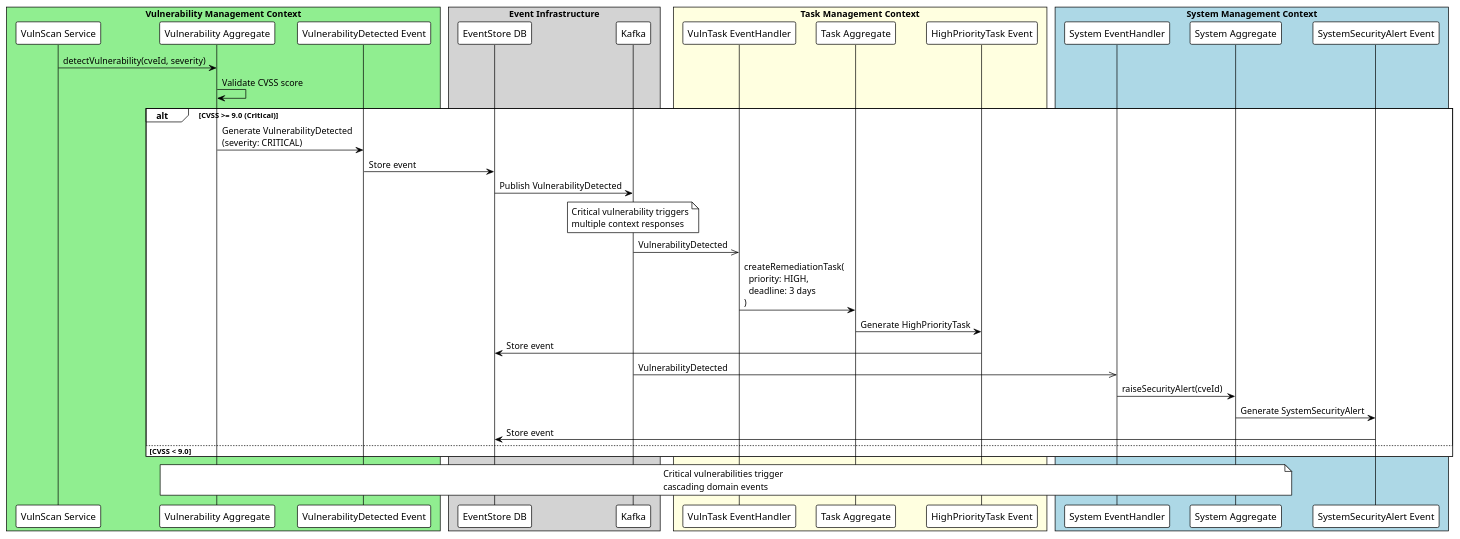
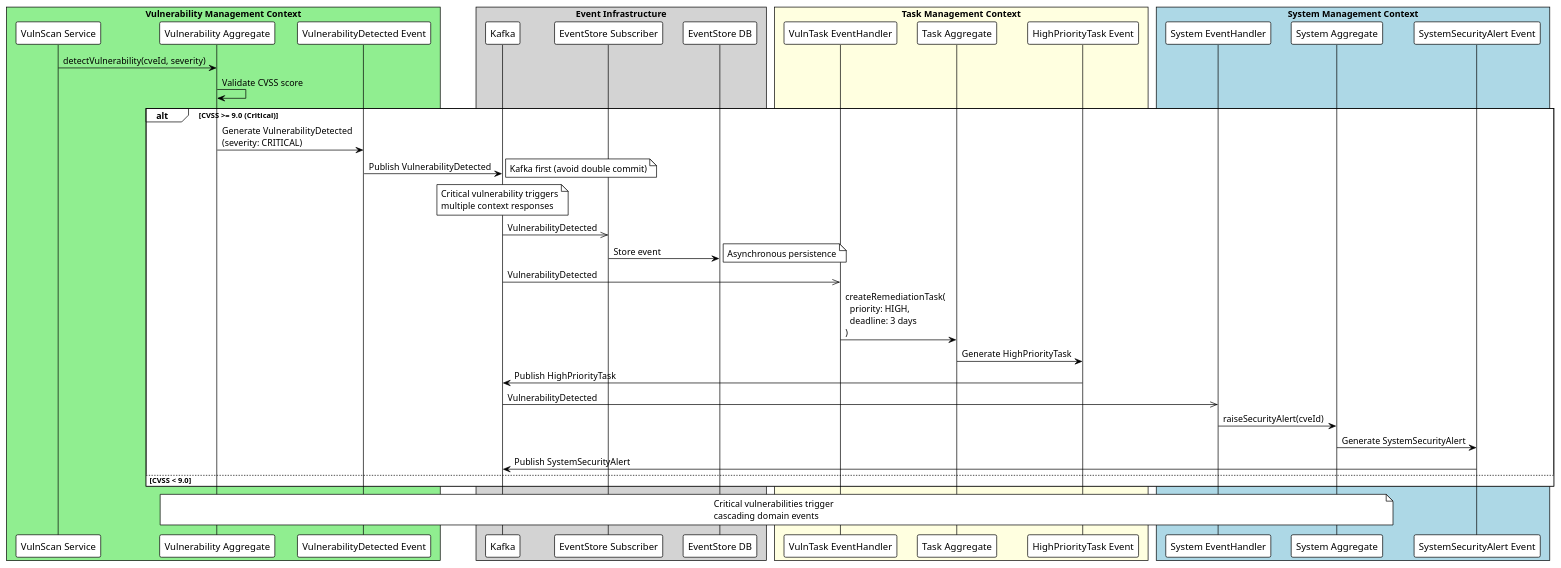
Before and after one commit to masakazu1967/system-board: the third of 3 diagrams in docs/architecture/event-sourcing-cqrs.md, drawn with PlantUML. The commit also changed other lines of this file and 1 other file, not shown here.

````diff
--- a/docs/architecture/event-sourcing-cqrs.md
+++ b/docs/architecture/event-sourcing-cqrs.md
@@ -134,52 +145,57 @@
 ```plantuml
 @startuml vulnerability_task_creation
 !theme plain
 
 box "Vulnerability Management Context" #lightgreen
     participant "VulnScan Service" as VSS
     participant "Vulnerability Aggregate" as VA
     participant "VulnerabilityDetected Event" as VDE
 end box
 
 box "Event Infrastructure" #lightgray
+    participant "Kafka" as Kafka
+    participant "EventStore Subscriber" as ESub
     participant "EventStore DB" as ES
-    participant "Kafka" as Kafka
 end box
 
 box "Task Management Context" #lightyellow
     participant "VulnTask EventHandler" as VTEH
     participant "Task Aggregate" as TA
     participant "HighPriorityTask Event" as HPTE
 end box
 
 box "System Management Context" #lightblue
     participant "System EventHandler" as SEH
     participant "System Aggregate" as SA
     participant "SystemSecurityAlert Event" as SSAE
 end box
 
 VSS -> VA: detectVulnerability(cveId, severity)
 VA -> VA: Validate CVSS score
 alt CVSS >= 9.0 (Critical)
     VA -> VDE: Generate VulnerabilityDetected\n(severity: CRITICAL)
-    VDE -> ES: Store event
-    ES -> Kafka: Publish VulnerabilityDetected
+    VDE -> Kafka: Publish VulnerabilityDetected
+    note right: Kafka first (avoid double commit)
 
     note over Kafka: Critical vulnerability triggers\nmultiple context responses
+
+    Kafka ->> ESub: VulnerabilityDetected
+    ESub -> ES: Store event
+    note right: Asynchronous persistence
 
     Kafka ->> VTEH: VulnerabilityDetected
     VTEH -> TA: createRemediationTask(\n  priority: HIGH,\n  deadline: 3 days\n)
     TA -> HPTE: Generate HighPriorityTask
-    HPTE -> ES: Store event
+    HPTE -> Kafka: Publish HighPriorityTask
 
     Kafka ->> SEH: VulnerabilityDetected
     SEH -> SA: raiseSecurityAlert(cveId)
     SA -> SSAE: Generate SystemSecurityAlert
-    SSAE -> ES: Store event
+    SSAE -> Kafka: Publish SystemSecurityAlert
 else CVSS < 9.0
     note right: Standard vulnerability\nprocessing
 end
 
 note over VA,SA: Critical vulnerabilities trigger\ncascading domain events
 @enduml
 ```
````
